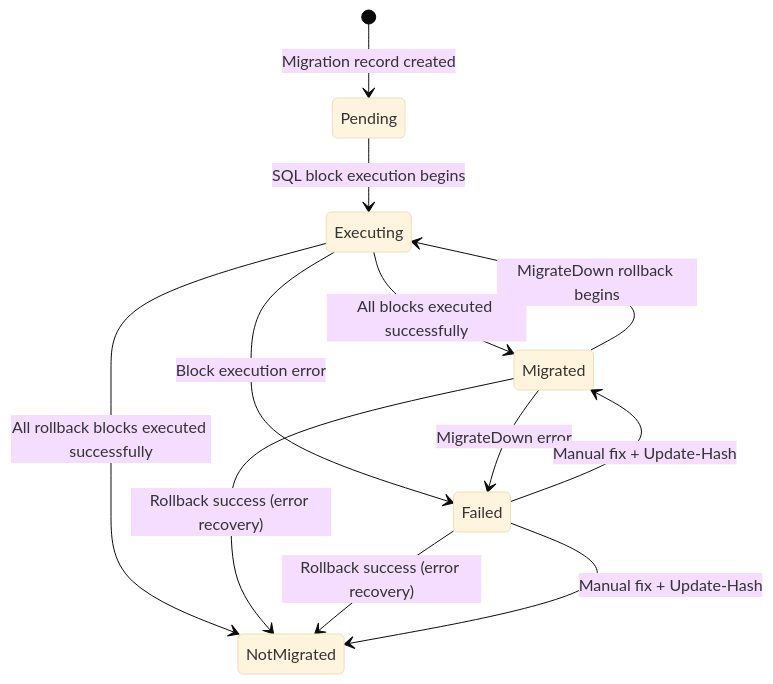
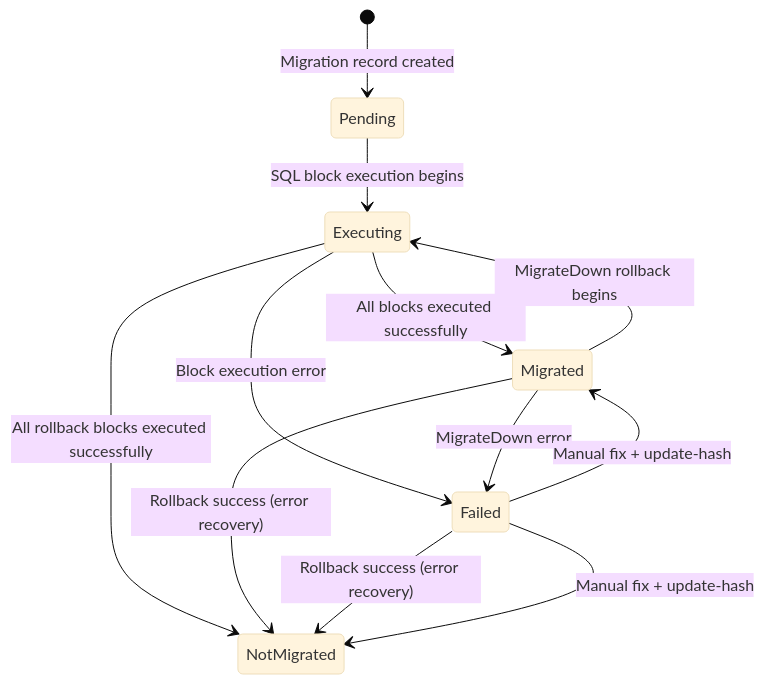
The first of 5 diagrams in Docs/02-core-concepts/migration-state-machine.md (RAYCOON/RayMigrator), drawn with Mermaid (base theme) before and after one commit. The commit also changed other lines of this file and 64 other files, not shown here.

````diff
--- a/Docs/02-core-concepts/migration-state-machine.md
+++ b/Docs/02-core-concepts/migration-state-machine.md
@@ -14,18 +14,18 @@
 ```mermaid
 stateDiagram-v2
     [*] --> Pending: Migration record created
 
     Pending --> Executing: SQL block execution begins
     Executing --> Migrated: All blocks executed successfully
     Executing --> Failed: Block execution error
 
     Migrated --> Executing: MigrateDown rollback begins
     Executing --> NotMigrated: All rollback blocks executed successfully
     Migrated --> Failed: MigrateDown error
 
     Migrated --> NotMigrated: Rollback success (error recovery)
 
     Failed --> NotMigrated: Rollback success (error recovery)
-    Failed --> NotMigrated: Manual fix + Update-Hash
-    Failed --> Migrated: Manual fix + Update-Hash
+    Failed --> NotMigrated: Manual fix + update-hash
+    Failed --> Migrated: Manual fix + update-hash
 ```
````
